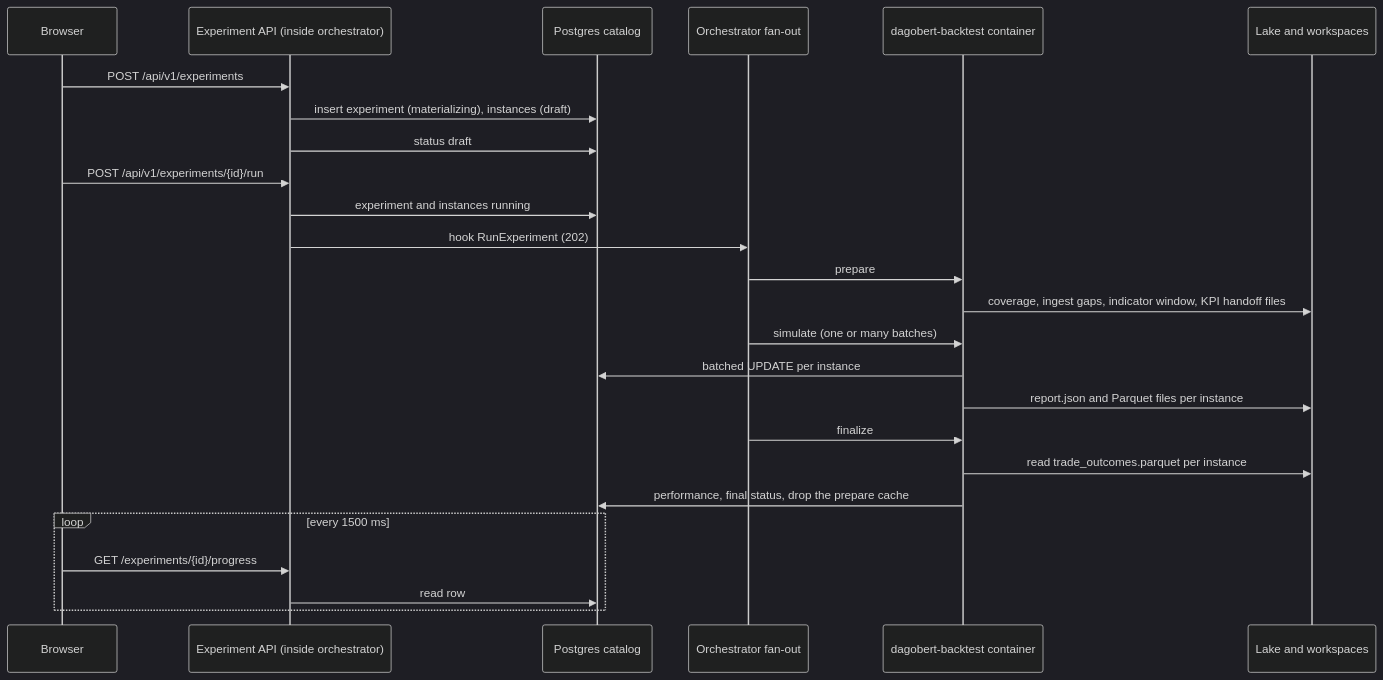
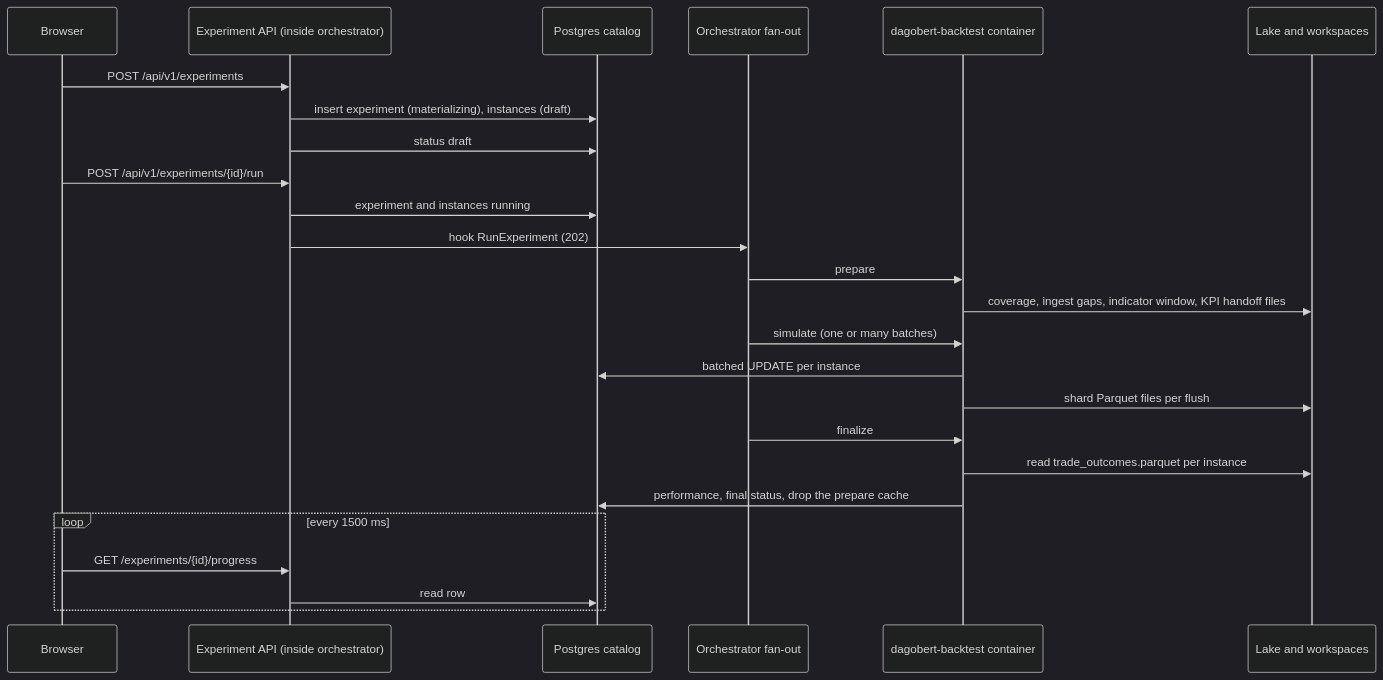
The first of 4 diagrams in docs/architecture/experiment-data-flow.md (MaxBernstetter/dagobert), drawn with Mermaid (dark theme) before and after one commit. The commit also changed other lines of this file and 40 other files, not shown here.

First line of the commit message:
Write instance outputs as shard files: one Parquet per datatype, a row group per instance

````diff
--- a/docs/architecture/experiment-data-flow.md
+++ b/docs/architecture/experiment-data-flow.md
@@ -10,27 +10,27 @@
 ```mermaid
 sequenceDiagram
     participant B as Browser
     participant A as Experiment API (inside orchestrator)
     participant P as Postgres catalog
     participant O as Orchestrator fan-out
     participant W as dagobert-backtest container
     participant L as Lake and workspaces
     B->>A: POST /api/v1/experiments
     A->>P: insert experiment (materializing), instances (draft)
     A->>P: status draft
     B->>A: POST /api/v1/experiments/{id}/run
     A->>P: experiment and instances running
     A->>O: hook RunExperiment (202)
     O->>W: prepare
     W->>L: coverage, ingest gaps, indicator window, KPI handoff files
     O->>W: simulate (one or many batches)
     W->>P: batched UPDATE per instance
-    W->>L: report.json and Parquet files per instance
+    W->>L: shard Parquet files per flush
     O->>W: finalize
     W->>L: read trade_outcomes.parquet per instance
     W->>P: performance, final status, drop the prepare cache
     loop every 1500 ms
         B->>A: GET /experiments/{id}/progress
         A->>P: read row
     end
 ```
````
